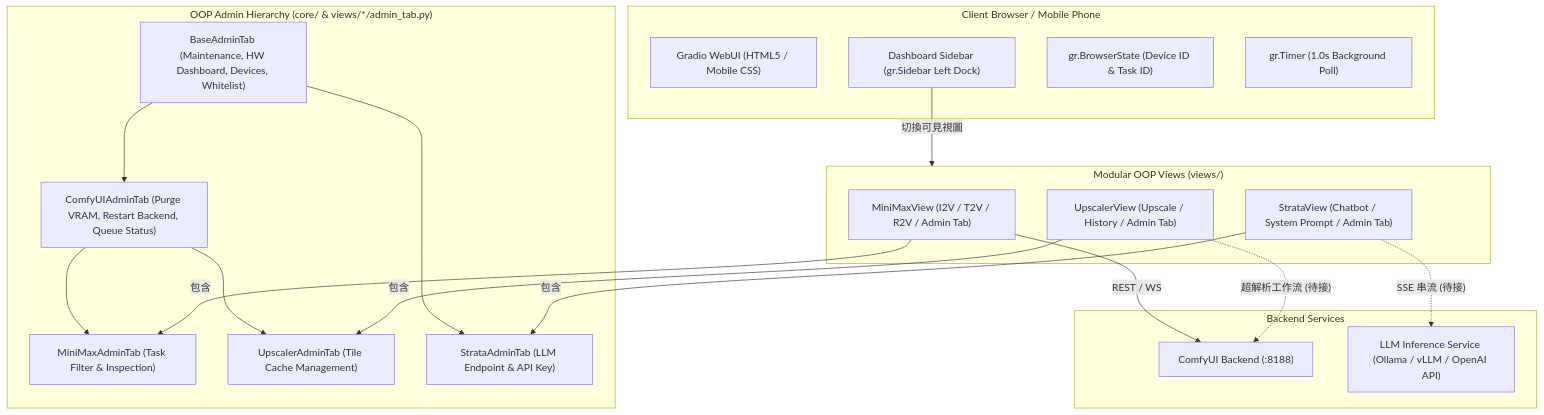
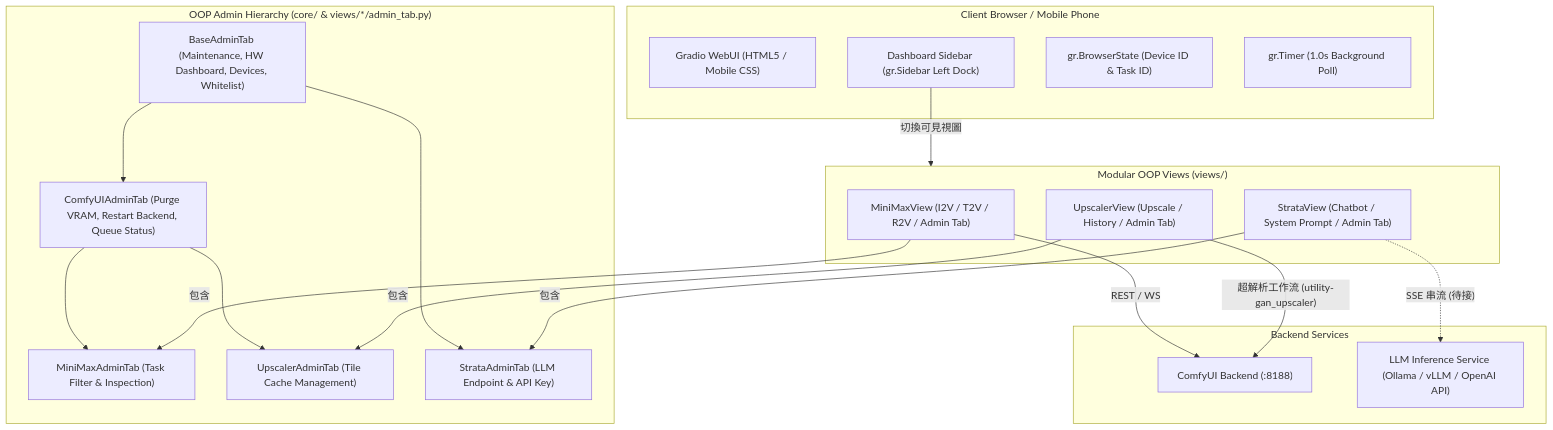
One commit to Arsene3939/AI_webUI changed the diagram in README.md. Above: the diagram before and after it, drawn with Mermaid. The commit also changed other lines of this file and 18 other files, not shown here.

````diff
--- a/README.md
+++ b/README.md
@@ -65,40 +65,40 @@
 ```mermaid
 flowchart TD
     subgraph Client ["Client Browser / Mobile Phone"]
         UI["Gradio WebUI (HTML5 / Mobile CSS)"]
         Dashboard["Dashboard Sidebar (gr.Sidebar Left Dock)"]
         BS["gr.BrowserState (Device ID & Task ID)"]
         Timer["gr.Timer (1.0s Background Poll)"]
     end
 
     subgraph Core_Views ["Modular OOP Views (views/)"]
         MiniMaxV["MiniMaxView (I2V / T2V / R2V / Admin Tab)"]
         UpscalerV["UpscalerView (Upscale / History / Admin Tab)"]
         StrataV["StrataView (Chatbot / System Prompt / Admin Tab)"]
     end
 
     subgraph Admin_Hierarchy ["OOP Admin Hierarchy (core/ & views/*/admin_tab.py)"]
         BaseAdmin["BaseAdminTab (Maintenance, HW Dashboard, Devices, Whitelist)"]
         ComfyAdmin["ComfyUIAdminTab (Purge VRAM, Restart Backend, Queue Status)"]
         MMAdmin["MiniMaxAdminTab (Task Filter & Inspection)"]
         UpAdmin["UpscalerAdminTab (Tile Cache Management)"]
         StAdmin["StrataAdminTab (LLM Endpoint & API Key)"]
         BaseAdmin --> ComfyAdmin
         ComfyAdmin --> MMAdmin
         ComfyAdmin --> UpAdmin
         BaseAdmin --> StAdmin
     end
 
     subgraph Backend_Services ["Backend Services"]
         ComfyUI["ComfyUI Backend (:8188)"]
         LLM["LLM Inference Service (Ollama / vLLM / OpenAI API)"]
     end
 
     Dashboard -->|"切換可見視圖"| Core_Views
     MiniMaxV -->|"包含"| MMAdmin
     UpscalerV -->|"包含"| UpAdmin
     StrataV -->|"包含"| StAdmin
     MiniMaxV -->|"REST / WS"| ComfyUI
-    UpscalerV -.->|"超解析工作流 (待接)"| ComfyUI
+    UpscalerV -->|"超解析工作流 (utility-gan_upscaler)"| ComfyUI
     StrataV -.->|"SSE 串流 (待接)"| LLM
 ```
````
